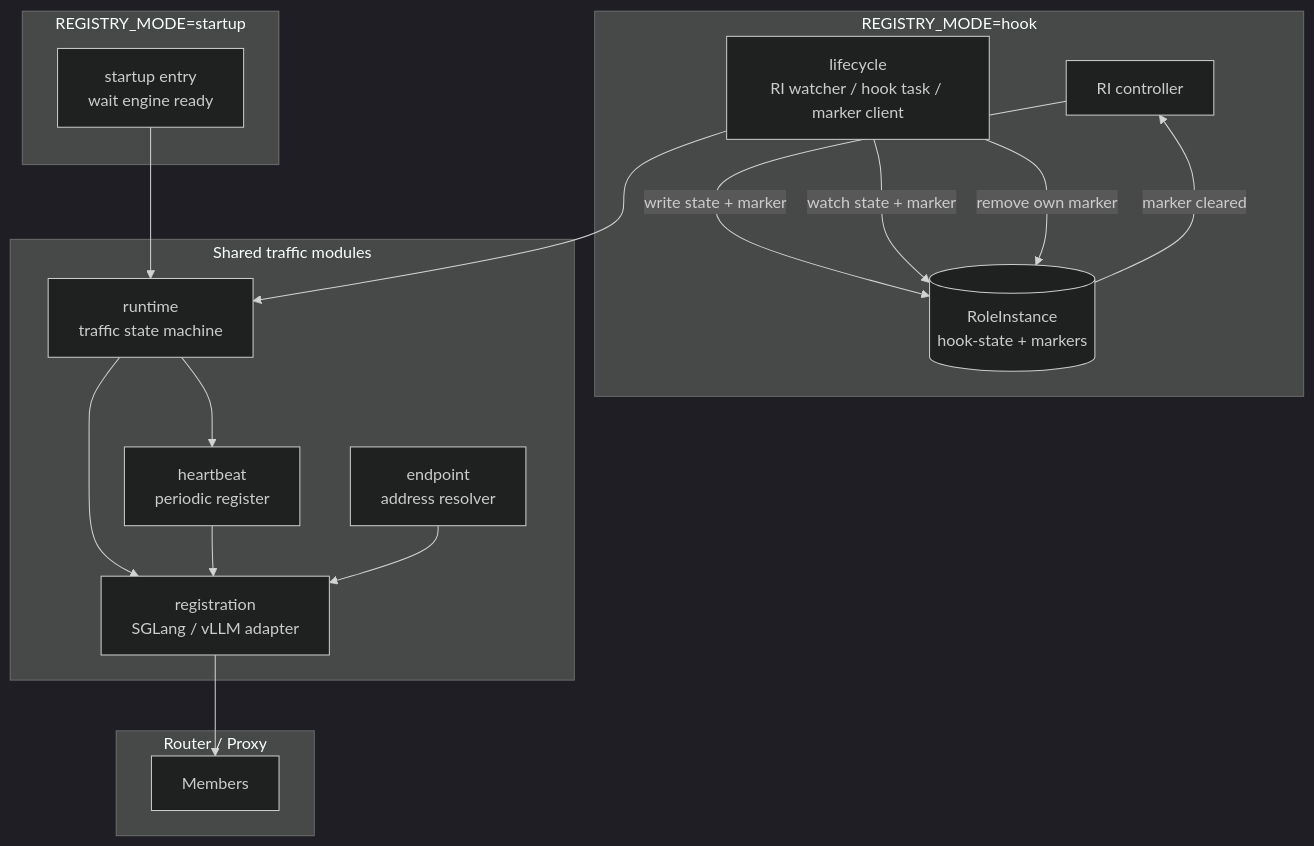
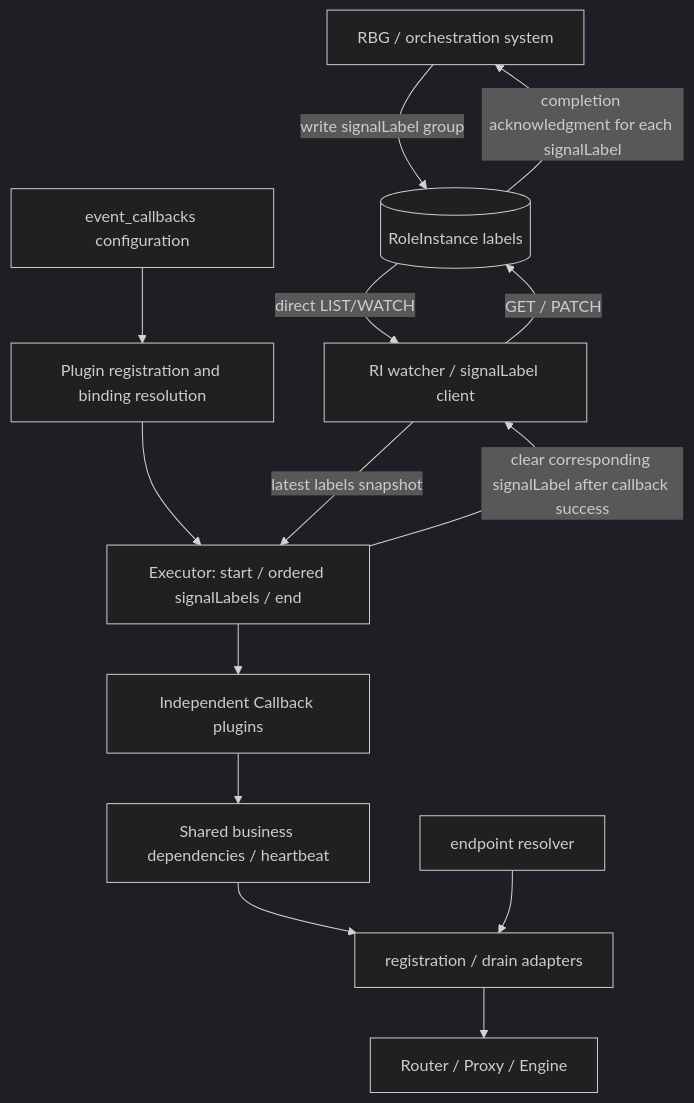
The first of 2 diagrams in proposals/14-roleinstance-lifecycle-hook-executor/README.md (diw-zw/inference-engine-runtime), drawn with Mermaid (dark theme) before and after one commit. The commit also changed other lines of this file and 2 other files, not shown here.

Commit message:
docs: refine RoleInstance callback executor proposal

````diff
--- a/proposals/14-roleinstance-lifecycle-hook-executor/README.md
+++ b/proposals/14-roleinstance-lifecycle-hook-executor/README.md
@@ -135,35 +142,16 @@
 ```mermaid
 flowchart TB
-    subgraph Startup["REGISTRY_MODE=startup"]
-        S["startup entry\nwait engine ready"]
-    end
-
-    subgraph Hook["REGISTRY_MODE=hook"]
-        C["RI controller"]
-        R[("RoleInstance\nhook-state + markers")]
-        L["lifecycle\nRI watcher / hook task / marker client"]
-    end
-
-    subgraph Shared["Shared traffic modules"]
-        T["runtime\ntraffic state machine"]
-        H["heartbeat\nperiodic register"]
-        A["registration\nSGLang / vLLM adapter"]
-        E["endpoint\naddress resolver"]
-    end
-
-    subgraph Upstream["Router / Proxy"]
-        U["Members"]
-    end
-
-    S --> T
-    C -->|write state + marker| R
-    L -->|watch state + marker| R
-    L -->|remove own marker| R
-    R -->|marker cleared| C
-    L --> T
-    T --> H
-    T --> A
-    H --> A
-    E --> A
-    A --> U
+    C["RBG / orchestration system"] -->|write signalLabel group| R[("RoleInstance labels")]
+    F["event_callbacks configuration"] --> B["Plugin registration and binding resolution"]
+    B --> X["Executor: start / ordered signalLabels / end"]
+    R -->|direct LIST/WATCH| W["RI watcher / signalLabel client"]
+    W -->|latest labels snapshot| X
+    X -->|clear corresponding signalLabel after callback success| W
+    W -->|GET / PATCH| R
+    R -->|completion acknowledgment for each signalLabel| C
+    X --> P["Independent Callback plugins"]
+    P --> T["Shared business dependencies / heartbeat"]
+    T --> A["registration / drain adapters"]
+    E["endpoint resolver"] --> A
+    A --> U["Router / Proxy / Engine"]
 ```
````
